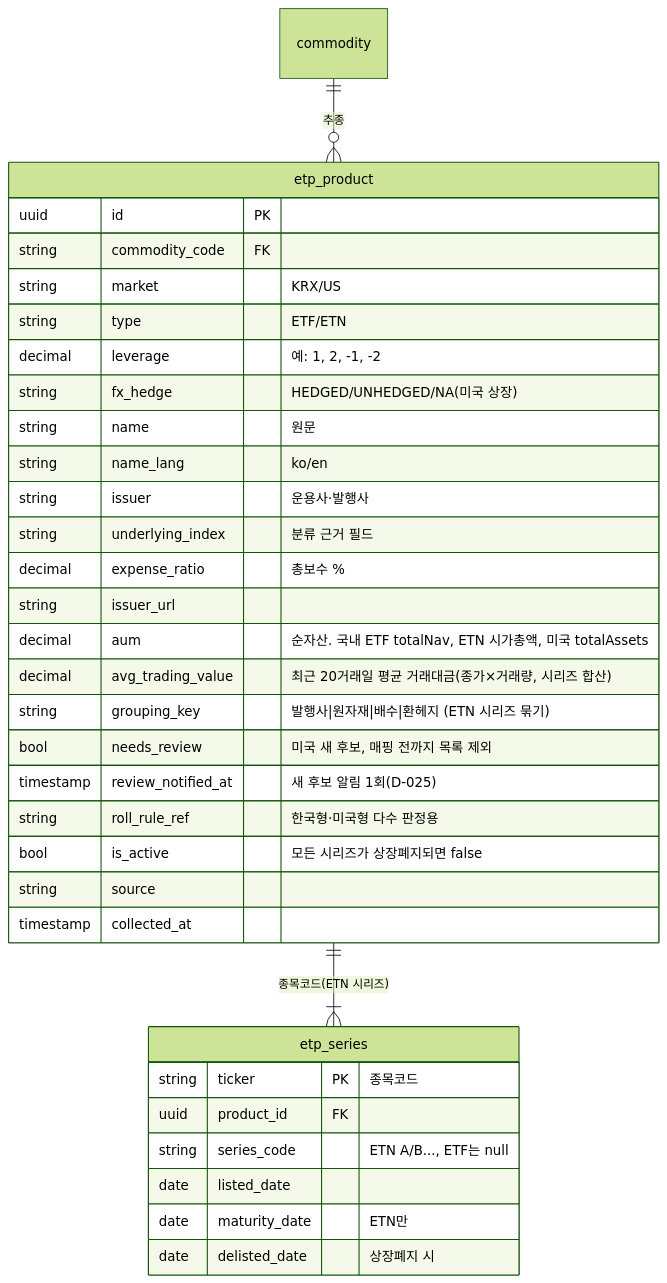
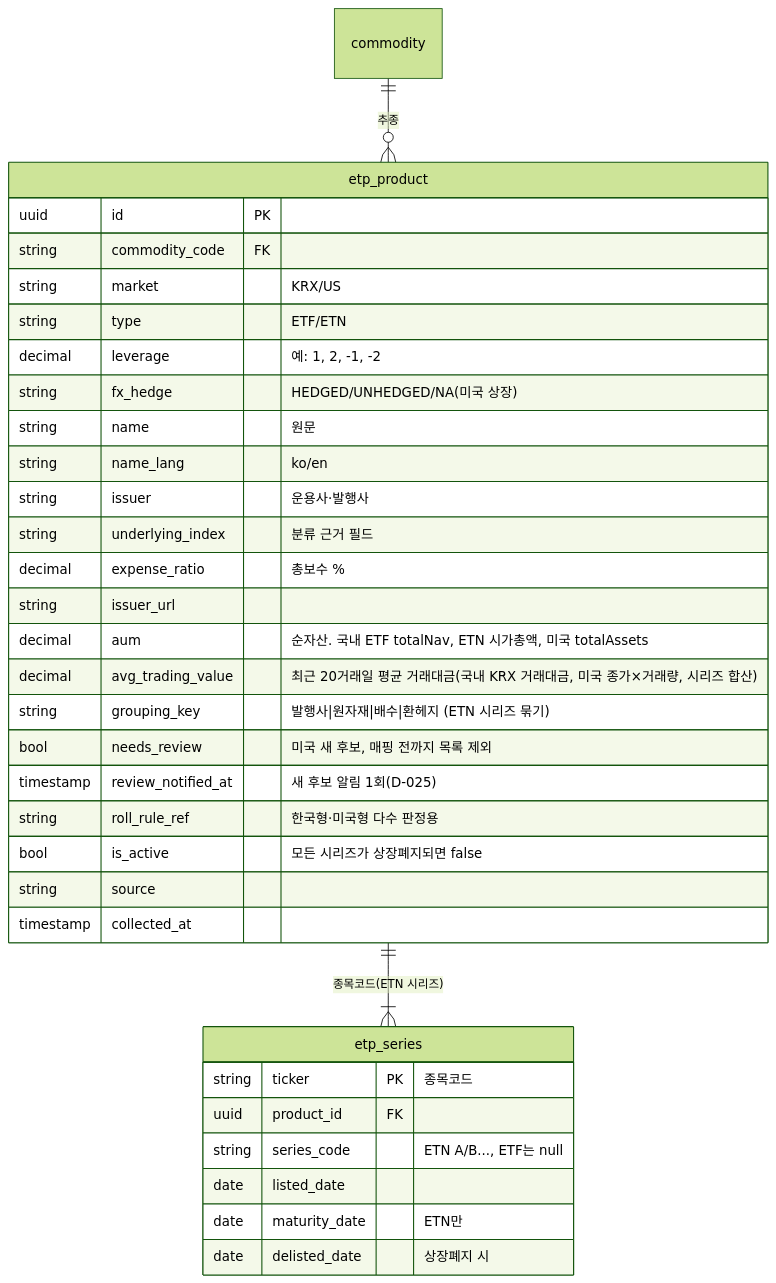
The second of 3 diagrams in docs/data-model.md (seyoun10/futureETP), drawn with Mermaid (forest theme) before and after one commit. The commit also changed other lines of this file and 12 other files, not shown here.

Commit message:
feat: store domestic ETP AUM and 20-day average trading value from KRX in the ETP job (D-017)

````diff
--- a/docs/data-model.md
+++ b/docs/data-model.md
@@ -181,37 +181,37 @@
 ```mermaid
 erDiagram
     commodity ||--o{ etp_product : "추종"
     etp_product ||--|{ etp_series : "종목코드(ETN 시리즈)"
 
     etp_product {
         uuid id PK
         string commodity_code FK
         string market "KRX/US"
         string type "ETF/ETN"
         decimal leverage "예: 1, 2, -1, -2"
         string fx_hedge "HEDGED/UNHEDGED/NA(미국 상장)"
         string name "원문"
         string name_lang "ko/en"
         string issuer "운용사·발행사"
         string underlying_index "분류 근거 필드"
         decimal expense_ratio "총보수 %"
         string issuer_url
         decimal aum "순자산. 국내 ETF totalNav, ETN 시가총액, 미국 totalAssets"
-        decimal avg_trading_value "최근 20거래일 평균 거래대금(종가×거래량, 시리즈 합산)"
+        decimal avg_trading_value "최근 20거래일 평균 거래대금(국내 KRX 거래대금, 미국 종가×거래량, 시리즈 합산)"
         string grouping_key "발행사|원자재|배수|환헤지 (ETN 시리즈 묶기)"
         bool needs_review "미국 새 후보, 매핑 전까지 목록 제외"
         timestamp review_notified_at "새 후보 알림 1회(D-025)"
         string roll_rule_ref "한국형·미국형 다수 판정용"
         bool is_active "모든 시리즈가 상장폐지되면 false"
         string source
         timestamp collected_at
     }
     etp_series {
         string ticker PK "종목코드"
         uuid product_id FK
         string series_code "ETN A/B..., ETF는 null"
         date listed_date
         date maturity_date "ETN만"
         date delisted_date "상장폐지 시"
     }
 ```
````
